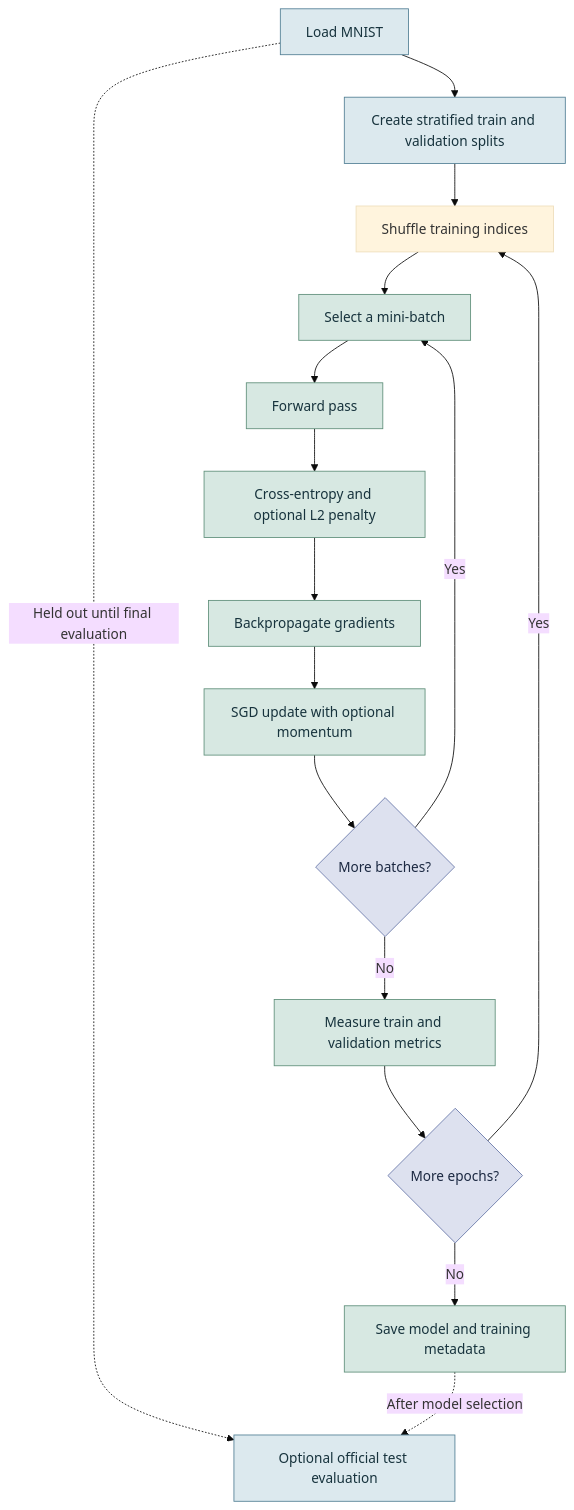
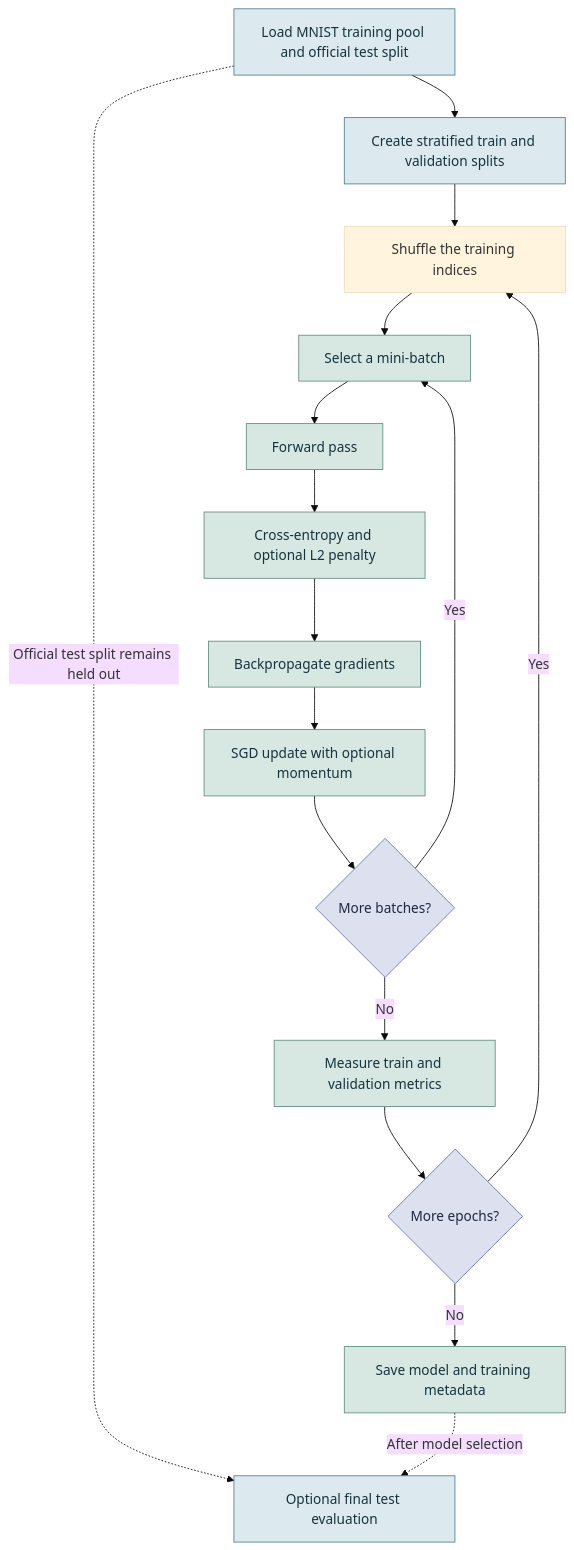
The second of 2 diagrams in README.md (ArshiBansal/multilayer-perceptron-from-scratch), drawn with Mermaid (base theme) before and after one commit. The commit also changed other lines of this file, not shown here.

````diff
--- a/README.md
+++ b/README.md
@@ -186,25 +186,25 @@
 ```mermaid
 flowchart TD
-    D["Load MNIST"] --> V["Create stratified train and validation splits"]
-    V --> R["Shuffle training indices"]
+    D["Load MNIST training pool and official test split"] --> V["Create stratified train and validation splits"]
+    V --> R["Shuffle the training indices"]
     R --> B["Select a mini-batch"]
     B --> F["Forward pass"]
     F --> L["Cross-entropy and optional L2 penalty"]
     L --> G["Backpropagate gradients"]
     G --> U["SGD update with optional momentum"]
     U --> C{"More batches?"}
     C -- Yes --> B
     C -- No --> E["Measure train and validation metrics"]
     E --> N{"More epochs?"}
     N -- Yes --> R
     N -- No --> M["Save model and training metadata"]
-    D -. "Held out until final evaluation" .-> T["Optional official test evaluation"]
+    D -. "Official test split remains held out" .-> T["Optional final test evaluation"]
     M -. "After model selection" .-> T
 
     classDef data fill:#DCE9EE,stroke:#527F94,color:#17333D
     classDef train fill:#D7E8E2,stroke:#5F8F7A,color:#17333D
     classDef decision fill:#DDE1EF,stroke:#6675A8,color:#1C2942
     class D,V,T data
     class B,F,L,G,U,E,M train
     class C,N decision
 ```
````
